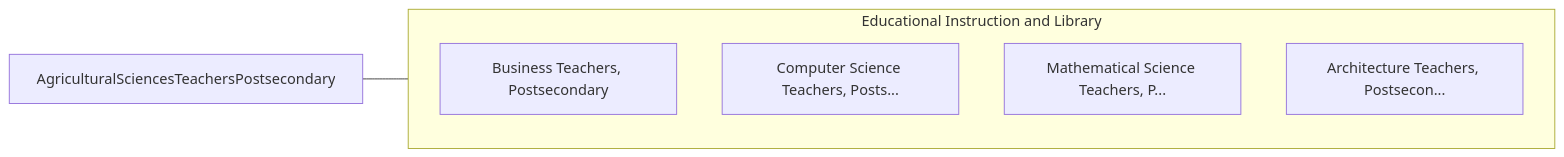
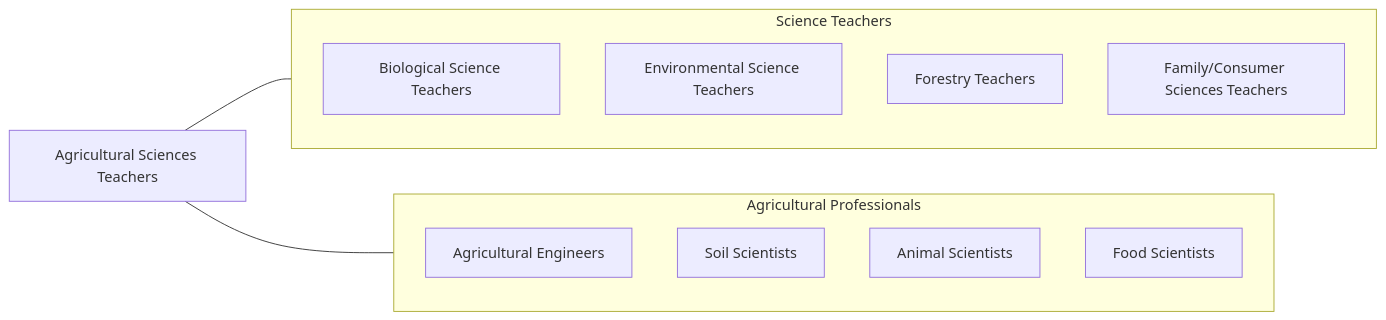
The fourth of 4 diagrams in occupations/Education/AgriculturalSciencesTeachersPostsecondary.mdx (kziemski/business.org.ai), drawn with Mermaid before and after one commit. The commit also changed other lines of this file and 938 other files, not shown here.

````diff
--- a/occupations/Education/AgriculturalSciencesTeachersPostsecondary.mdx
+++ b/occupations/Education/AgriculturalSciencesTeachersPostsecondary.mdx
@@ -93,13 +164,21 @@
 ```mermaid
 graph LR
-    Current["AgriculturalSciencesTeachersPostsecondary"]
+    Current["Agricultural Sciences Teachers"]
 
-    subgraph SameCategory["Educational Instruction and Library"]
-        BusinessTeachersPost["Business Teachers, Postsecondary"]
-        ComputerScienceTeach["Computer Science Teachers, Posts..."]
-        MathematicalScienceT["Mathematical Science Teachers, P..."]
-        ArchitectureTeachers["Architecture Teachers, Postsecon..."]
+    subgraph SameCategory["Science Teachers"]
+        Biology["Biological Science Teachers"]
+        EnvSci["Environmental Science Teachers"]
+        Forestry["Forestry Teachers"]
+        FCS["Family/Consumer Sciences Teachers"]
+    end
+
+    subgraph CrossFunctional["Agricultural Professionals"]
+        AgEngineers["Agricultural Engineers"]
+        SoilScientists["Soil Scientists"]
+        AnimalScientists["Animal Scientists"]
+        FoodScientists["Food Scientists"]
     end
 
     Current --- SameCategory
+    Current --- CrossFunctional
 ```
````
